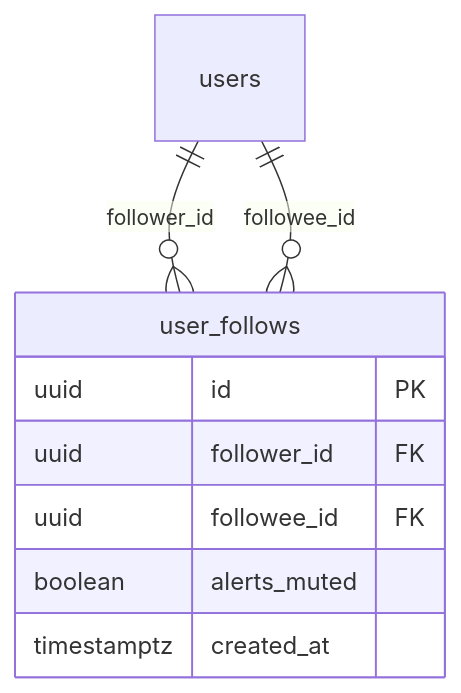
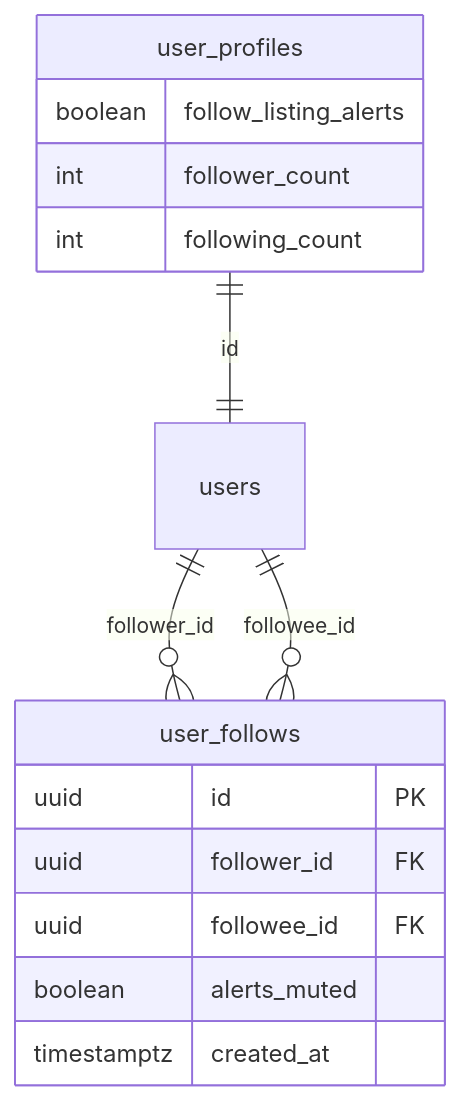
The third of 13 diagrams in docs/FOLLOW_FEATURE.md (barterinfo/swaphaven-backend), drawn with Mermaid before and after one commit. The commit also changed other lines of this file and 2 other files, not shown here.

````diff
--- a/docs/FOLLOW_FEATURE.md
+++ b/docs/FOLLOW_FEATURE.md
@@ -127,12 +132,18 @@
 ```mermaid
 erDiagram
   users ||--o{ user_follows : "follower_id"
   users ||--o{ user_follows : "followee_id"
+  user_profiles ||--|| users : "id"
   user_follows {
     uuid id PK
     uuid follower_id FK
     uuid followee_id FK
     boolean alerts_muted
     timestamptz created_at
   }
+  user_profiles {
+    boolean follow_listing_alerts
+    int follower_count
+    int following_count
+  }
 ```
````
